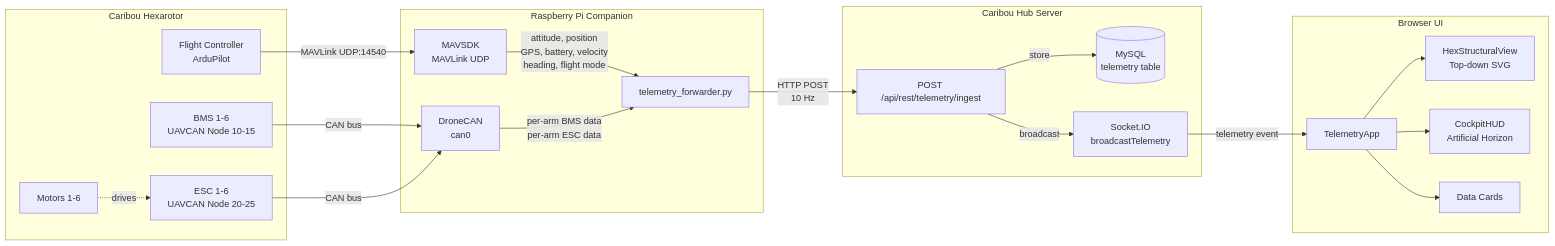
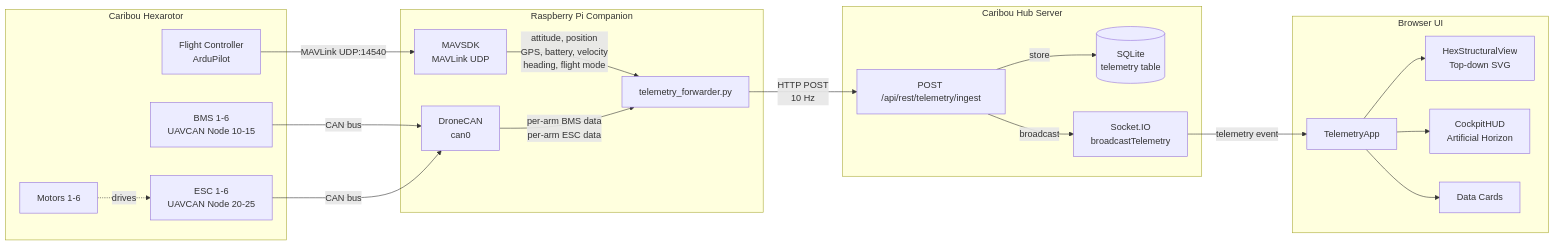
One commit to Pan-Robotics/Arrow-Caribou-Hub changed the diagram in docs/diagrams/telemetry_pipeline.mmd. Above: the diagram before and after it, drawn with Mermaid. The commit also changed 22 other files, not shown here.

```diff
--- a/docs/diagrams/telemetry_pipeline.mmd
+++ b/docs/diagrams/telemetry_pipeline.mmd
@@ -1,43 +1,43 @@
 graph LR
     subgraph Hardware["Caribou Hexarotor"]
         FC[Flight Controller<br>ArduPilot]
         BMS1[BMS 1-6<br>UAVCAN Node 10-15]
         ESC1[ESC 1-6<br>UAVCAN Node 20-25]
         MOT[Motors 1-6]
     end
 
     subgraph Companion["Raspberry Pi Companion"]
         FWD[telemetry_forwarder.py]
         MAV[MAVSDK<br>MAVLink UDP]
         CAN[DroneCAN<br>can0]
     end
 
     subgraph Hub["Caribou Hub Server"]
         REST[POST /api/rest/telemetry/ingest]
-        DB[(MySQL<br>telemetry table)]
+        DB[(SQLite<br>telemetry table)]
         WS[Socket.IO<br>broadcastTelemetry]
     end
 
     subgraph Frontend["Browser UI"]
         TA[TelemetryApp]
         SV[HexStructuralView<br>Top-down SVG]
         CH[CockpitHUD<br>Artificial Horizon]
         DC[Data Cards]
     end
 
     FC -->|MAVLink UDP:14540| MAV
     BMS1 -->|CAN bus| CAN
     ESC1 -->|CAN bus| CAN
     MOT -.->|drives| ESC1
 
     MAV -->|attitude, position<br>GPS, battery, velocity<br>heading, flight mode| FWD
     CAN -->|per-arm BMS data<br>per-arm ESC data| FWD
 
     FWD -->|HTTP POST<br>10 Hz| REST
     REST -->|store| DB
     REST -->|broadcast| WS
 
     WS -->|telemetry event| TA
     TA --> SV
     TA --> CH
     TA --> DC
```
